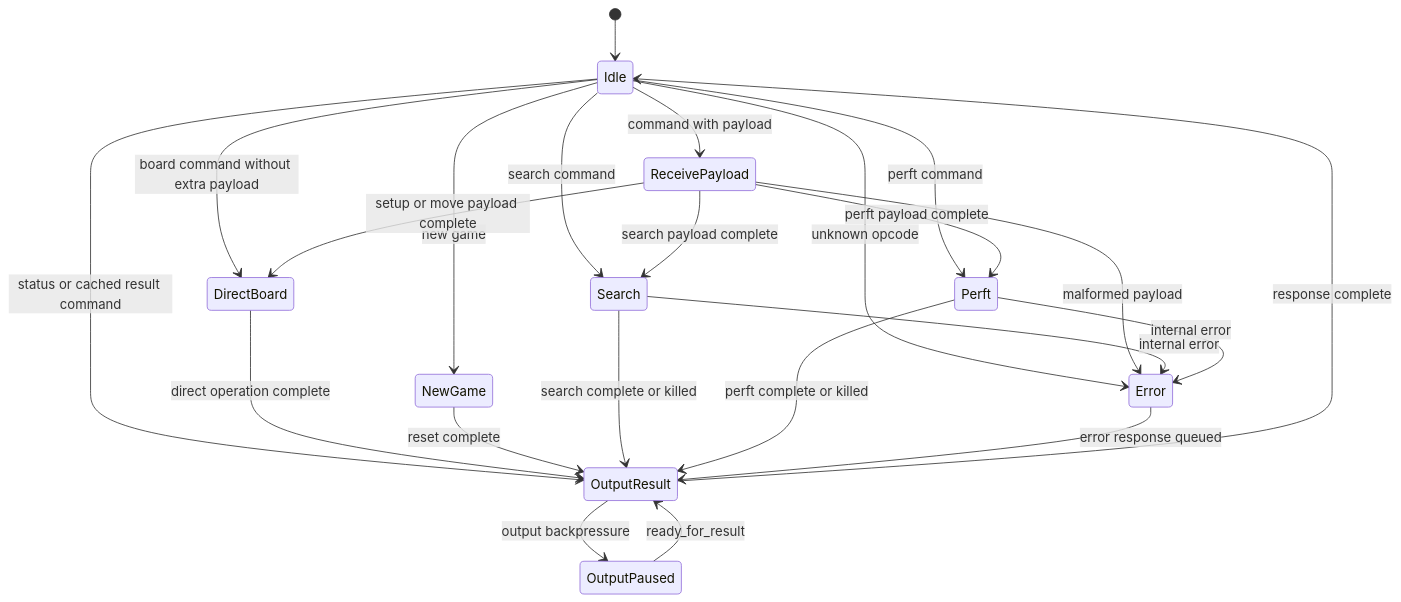
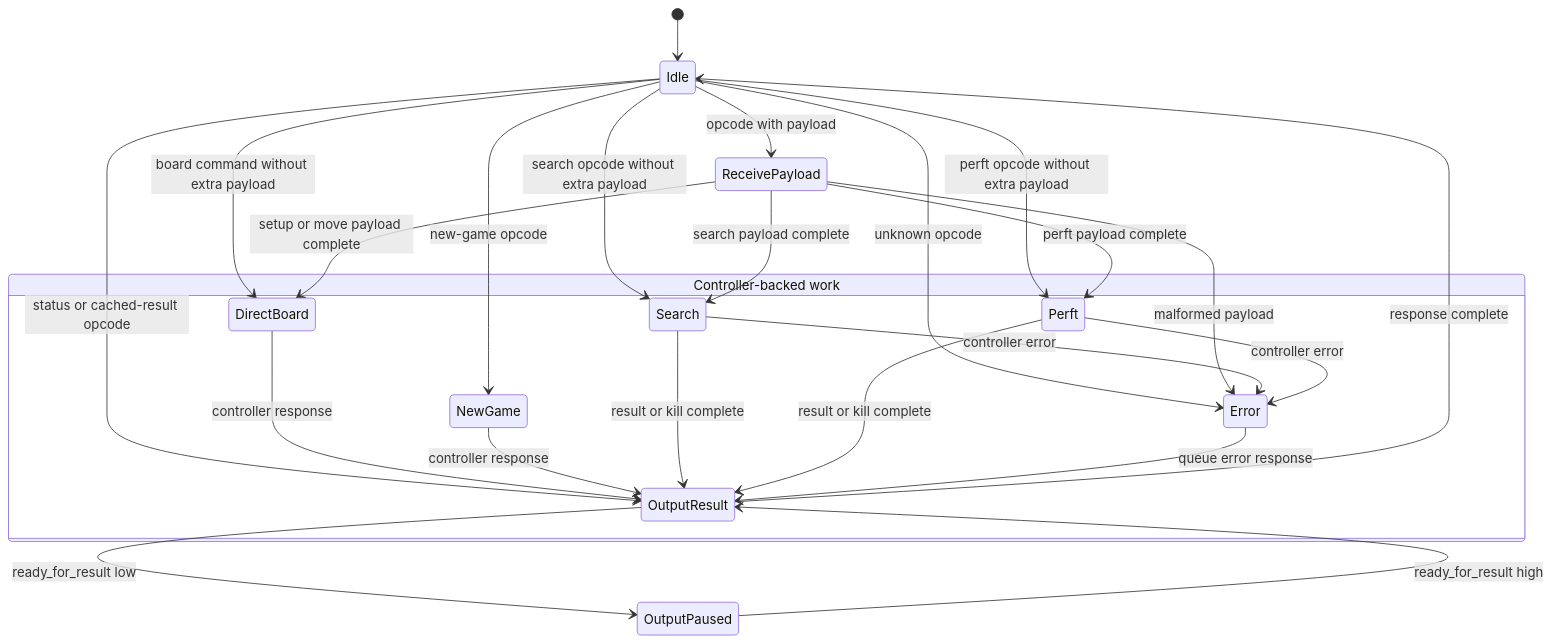
One commit to 3met/FPGA-Chess changed the diagram in docs/modules/engine.md. Above: the diagram before and after it, drawn with Mermaid. The commit also changed other lines of this file and 14 other files, not shown here.

````diff
--- a/docs/modules/engine.md
+++ b/docs/modules/engine.md
@@ -51,25 +52,30 @@
 ```mermaid
 stateDiagram-v2
     [*] --> Idle
-    Idle --> ReceivePayload: command with payload
+    Idle --> ReceivePayload: opcode with payload
     Idle --> DirectBoard: board command without extra payload
-    Idle --> NewGame: new game
-    Idle --> Search: search command
-    Idle --> Perft: perft command
-    Idle --> OutputResult: status or cached result command
+    Idle --> NewGame: new-game opcode
+    Idle --> Search: search opcode without extra payload
+    Idle --> Perft: perft opcode without extra payload
+    Idle --> OutputResult: status or cached-result opcode
     Idle --> Error: unknown opcode
+
     ReceivePayload --> DirectBoard: setup or move payload complete
     ReceivePayload --> Search: search payload complete
     ReceivePayload --> Perft: perft payload complete
     ReceivePayload --> Error: malformed payload
-    DirectBoard --> OutputResult: direct operation complete
-    NewGame --> OutputResult: reset complete
-    Search --> OutputResult: search complete or killed
-    Search --> Error: internal error
-    Perft --> OutputResult: perft complete or killed
-    Perft --> Error: internal error
-    OutputResult --> OutputPaused: output backpressure
-    OutputPaused --> OutputResult: ready_for_result
+
+    state "Controller-backed work" as Active {
+        DirectBoard --> OutputResult: controller response
+        NewGame --> OutputResult: controller response
+        Search --> OutputResult: result or kill complete
+        Search --> Error: controller error
+        Perft --> OutputResult: result or kill complete
+        Perft --> Error: controller error
+    }
+
+    OutputResult --> OutputPaused: ready_for_result low
+    OutputPaused --> OutputResult: ready_for_result high
     OutputResult --> Idle: response complete
-    Error --> OutputResult: error response queued
+    Error --> OutputResult: queue error response
 ```
````
